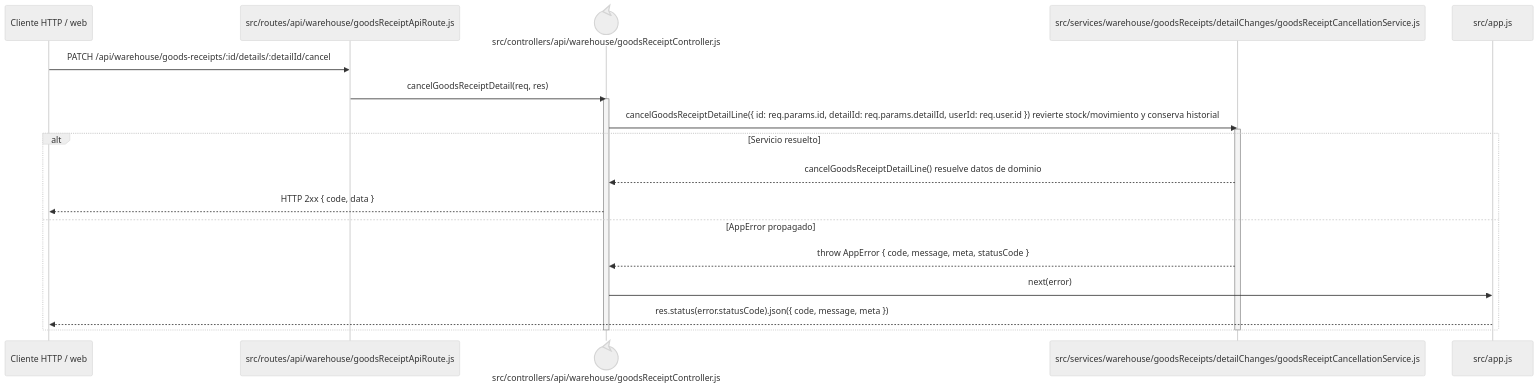
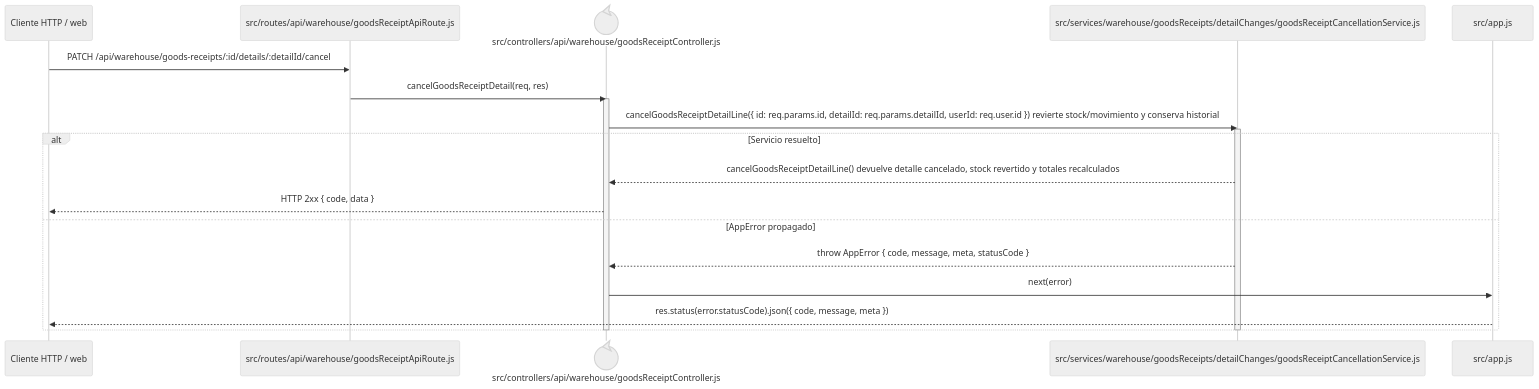
One commit to gpgsistemas01/nexus changed the diagram in docs/architecture/backend-code-sequences/purchases/cu-ent-05.md. Above: the diagram before and after it, drawn with Mermaid (neutral theme). The commit also changed 102 other files, not shown here.

````diff
--- a/docs/architecture/backend-code-sequences/purchases/cu-ent-05.md
+++ b/docs/architecture/backend-code-sequences/purchases/cu-ent-05.md
@@ -6,24 +6,24 @@
 ```mermaid
 sequenceDiagram
     participant Client as Cliente HTTP / web
     participant Route as src/routes/api/warehouse/goodsReceiptApiRoute.js
     participant Controller@{ "type": "control" } as src/controllers/api/warehouse/goodsReceiptController.js
     participant Domain as src/services/warehouse/goodsReceipts/detailChanges/goodsReceiptCancellationService.js
     participant ErrorHandler as src/app.js
 
     Client->>Route: PATCH /api/warehouse/goods-receipts/:id/details/:detailId/cancel
     Route->>Controller: cancelGoodsReceiptDetail(req, res)
     activate Controller
     Controller->>Domain: cancelGoodsReceiptDetailLine({ id: req.params.id, detailId: req.params.detailId, userId: req.user.id }) revierte stock/movimiento y conserva historial
     activate Domain
     alt Servicio resuelto
-        Domain-->>Controller: cancelGoodsReceiptDetailLine() resuelve datos de dominio
+        Domain-->>Controller: cancelGoodsReceiptDetailLine() devuelve detalle cancelado, stock revertido y totales recalculados
         Controller-->>Client: HTTP 2xx { code, data }
     else AppError propagado
         Domain-->>Controller: throw AppError { code, message, meta, statusCode }
         Controller->>ErrorHandler: next(error)
         ErrorHandler-->>Client: res.status(error.statusCode).json({ code, message, meta })
     end
     deactivate Domain
     deactivate Controller
 ```
````
